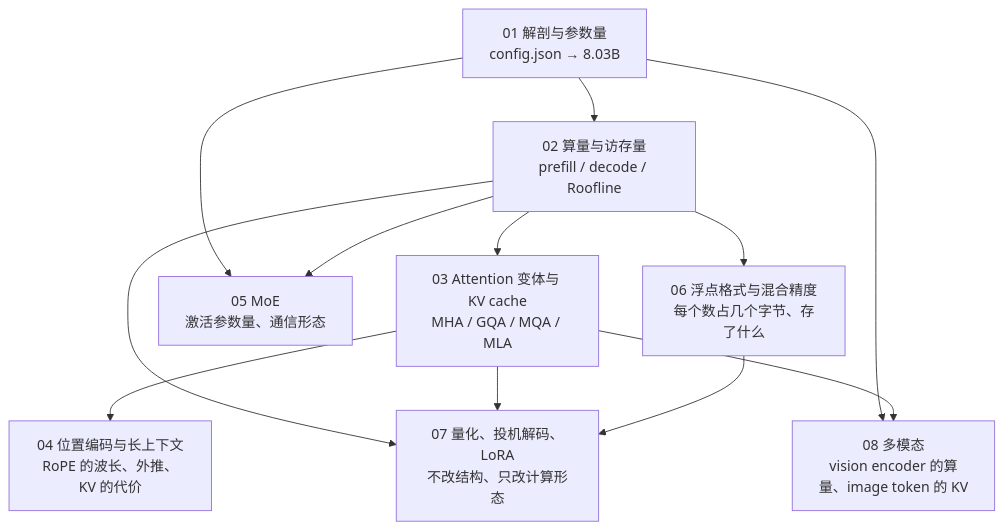
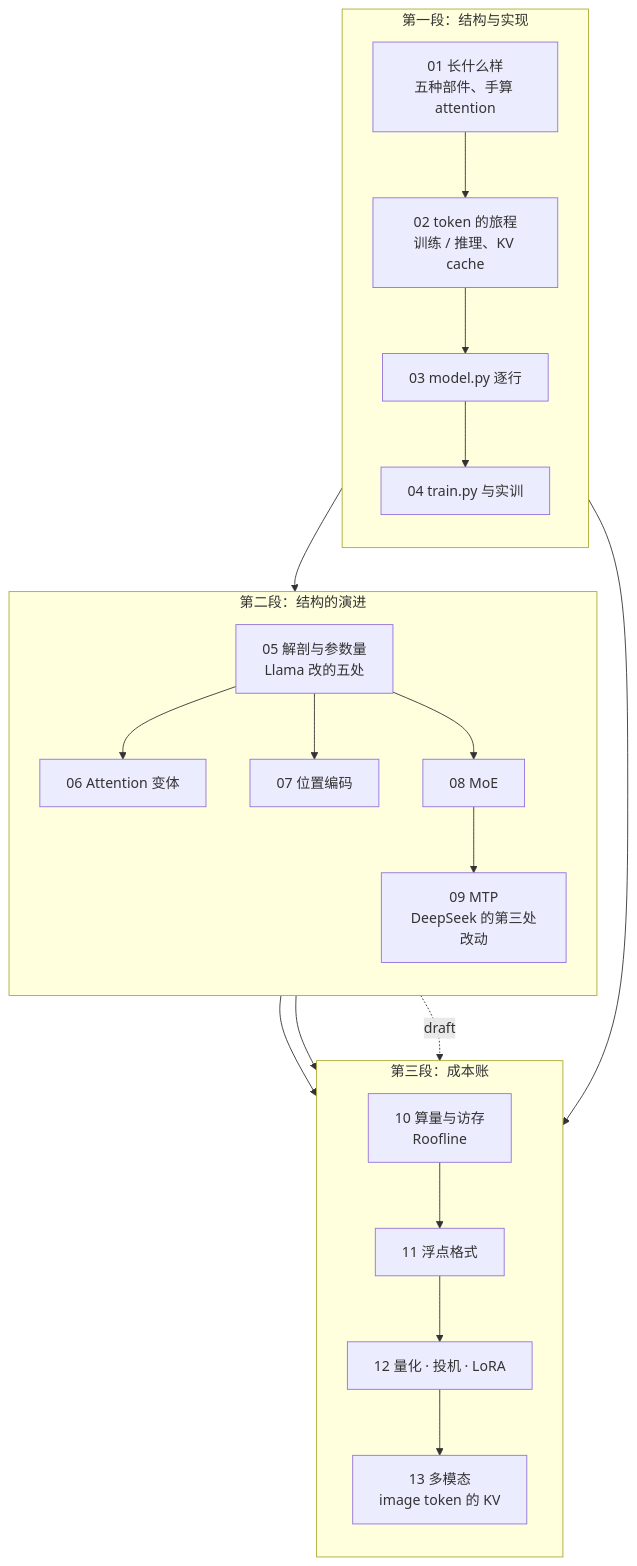
One commit to arganzheng/arganzheng.github.com changed the first of 2 diagrams in _posts/2026-04-09-transformer-and-llm-series-recap-and-self-test.md. Above: the diagram before and after it, drawn with Mermaid. The commit also changed other lines of this file and 58 other files, not shown here.

````diff
--- a/_posts/2026-04-09-transformer-and-llm-series-recap-and-self-test.md
+++ b/_posts/2026-04-09-transformer-and-llm-series-recap-and-self-test.md
@@ -19,13 +19,26 @@
 ```mermaid
-%%{init: {"flowchart": {"wrappingWidth": 170}}}%%
-%% 图：Transformer 与 LLM 全景：结构 → 运行点 → 数值 → 方法，多模态加第五组变量
+%%{init: {"flowchart": {"wrappingWidth": 150}}}%%
+%% 图：Transformer 与 LLM 全景：第一段结构与实现（01 → 02 → 03 → 04）、第二段结构的演进（05 承接 03，06 / 07 / 08 各接 05，09 接 08）、第三段成本账（10 承接 02 与 05，11–13 依次接上）
 flowchart TB
-    T1["01 解剖与参数量<br/>config.json → 8.03B"] --> T2["02 算量与访存量<br/>prefill / decode / Roofline"]
-    T2 --> T3["03 Attention 变体与 KV cache<br/>MHA / GQA / MQA / MLA"]
-    T3 --> T4["04 位置编码与长上下文<br/>RoPE 的波长、外推、KV 的代价"]
-    T1 & T2 --> T5["05 MoE<br/>激活参数量、通信形态"]
-    T2 --> T6["06 浮点格式与混合精度<br/>每个数占几个字节、存了什么"]
-    T2 & T3 & T6 --> T7["07 量化、投机解码、LoRA<br/>不改结构、只改计算形态"]
-    T1 & T3 --> T8["08 多模态<br/>vision encoder 的算量、image token 的 KV"]
-
+    subgraph S1["第一段：结构与实现"]
+        direction TB
+        T1["01 长什么样<br/>五种部件、手算 attention"] --> T2["02 token 的旅程<br/>训练 / 推理、KV cache"] --> T3["03 model.py 逐行"] --> T4["04 train.py 与实训"]
+    end
+    subgraph S2["第二段：结构的演进"]
+        direction TB
+        T5["05 解剖与参数量<br/>Llama 改的五处"]
+        T5 --> T6["06 Attention 变体"]
+        T5 --> T7["07 位置编码"]
+        T5 --> T8["08 MoE"] --> T9["09 MTP<br/>DeepSeek 的第三处改动"]
+    end
+    subgraph S3["第三段：成本账"]
+        direction TB
+        T10["10 算量与访存<br/>Roofline"] --> T11["11 浮点格式"] --> T12["12 量化 · 投机 · LoRA"] --> T13["13 多模态<br/>image token 的 KV"]
+    end
+    T3 --> T5
+    T2 --> T10
+    T5 --> T10
+    T6 --> T13
+    T9 -. "draft" .-> T12
+    S1 ~~~ S2 ~~~ S3
 ```
````
